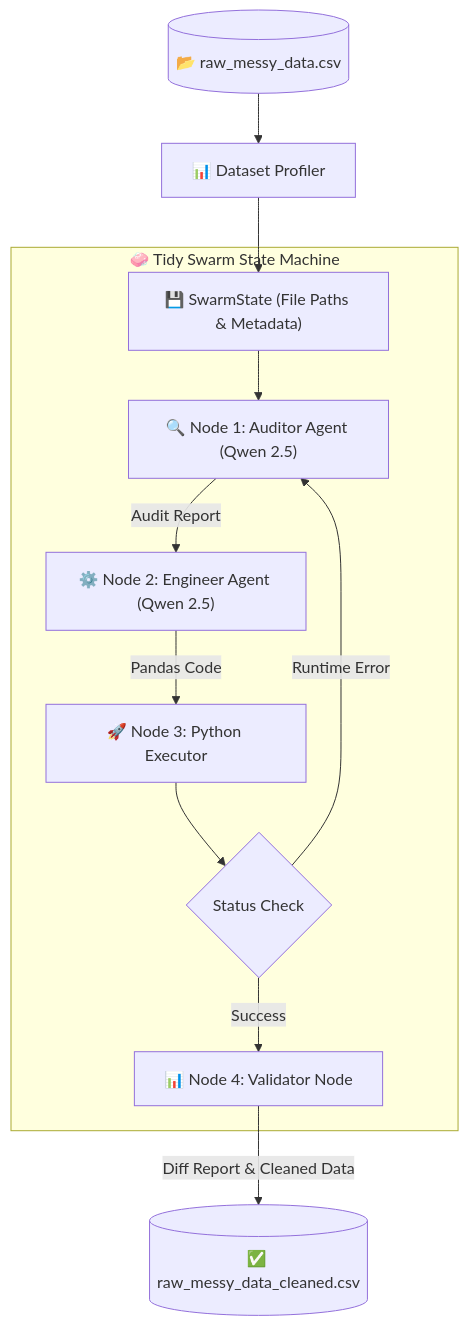
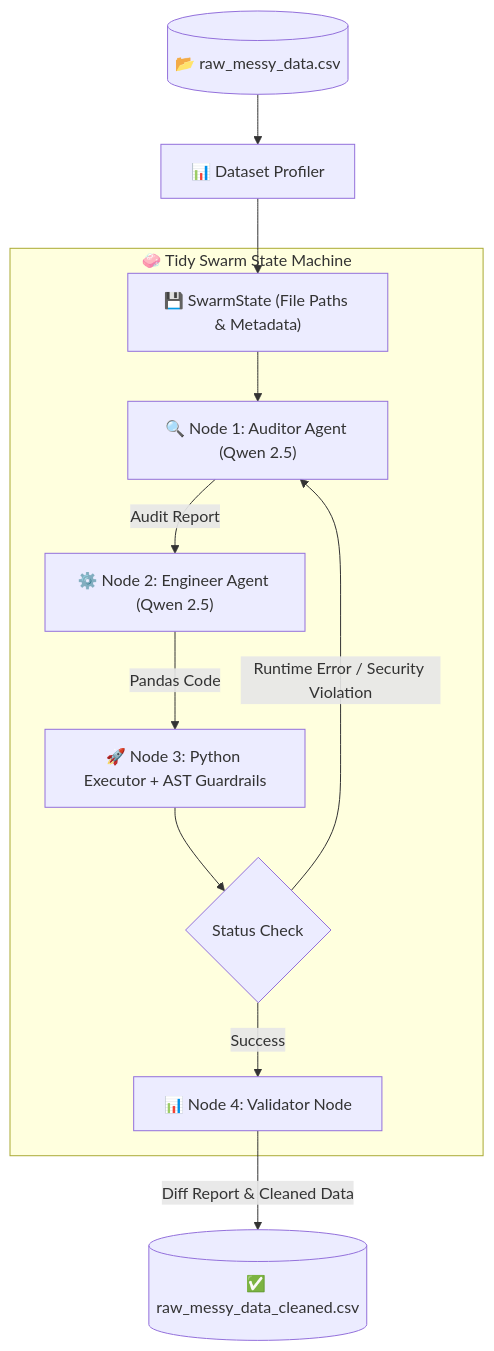
The diagram in README.md (varun872/tidyswarm), drawn with Mermaid before and after one commit. The commit also changed other lines of this file and 5 other files, not shown here.

Commit message:
refactor(security): centralize AST security constants in config.py and update README documentation

````diff
--- a/README.md
+++ b/README.md
@@ -11,16 +11,16 @@
 ```mermaid
 graph TD
     CSV[("📂 raw_messy_data.csv")] --> Profiler["📊 Dataset Profiler"]
     Profiler --> State["💾 SwarmState (File Paths & Metadata)"]
 
     subgraph Swarm ["🧼 Tidy Swarm State Machine"]
         State --> Node1["🔍 Node 1: Auditor Agent (Qwen 2.5)"]
         Node1 -->|"Audit Report"| Node2["⚙️ Node 2: Engineer Agent (Qwen 2.5)"]
-        Node2 -->|"Pandas Code"| Node3["🚀 Node 3: Python Executor"]
+        Node2 -->|"Pandas Code"| Node3["🚀 Node 3: Python Executor + AST Guardrails"]
         Node3 --> Router{"Status Check"}
         Router -->|"Success"| Node4["📊 Node 4: Validator Node"]
     end
 
-    Router -->|"Runtime Error"| Node1
+    Router -->|"Runtime Error / Security Violation"| Node1
     Node4 -->|"Diff Report & Cleaned Data"| Output[("✅ raw_messy_data_cleaned.csv")]
 ```
````
